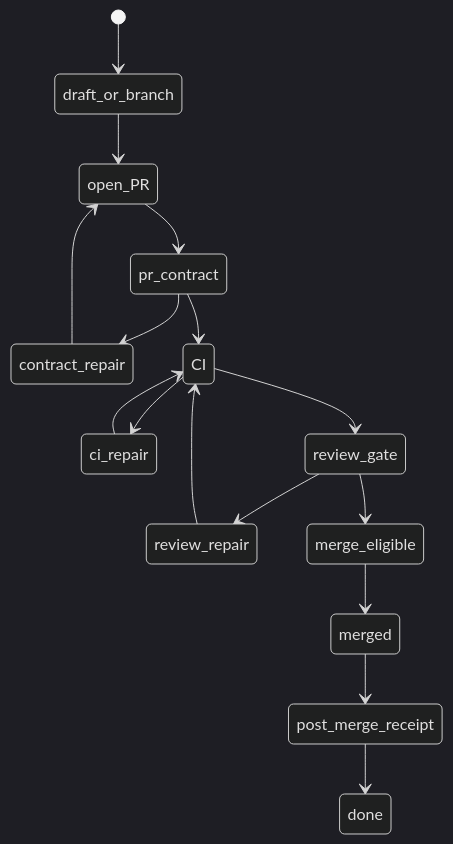
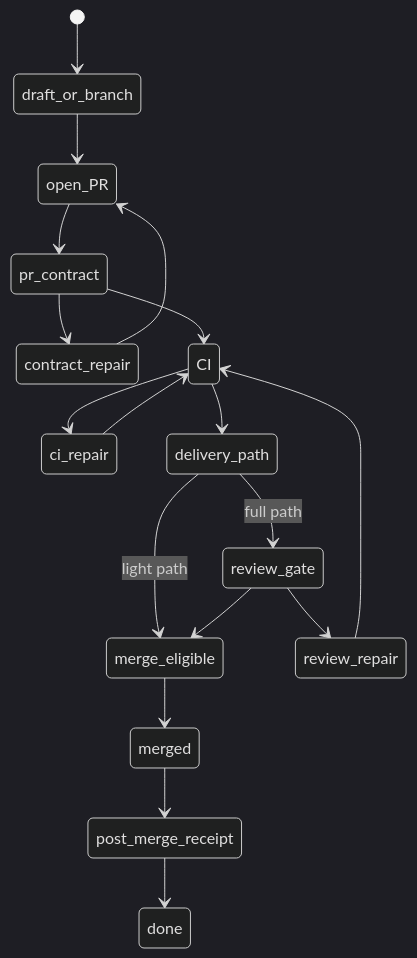
Before and after one commit to RasmusTho/agentic-pkm-mvp: diagram 19 of 23 in docs/development/BUILDER_SYSTEM_PROCESS_MAP.md, drawn with Mermaid (dark theme). The commit also changed other lines of this file and 1 other file, not shown here.

First line of the commit message:
Document governed Builder System process architecture

````diff
--- a/docs/development/BUILDER_SYSTEM_PROCESS_MAP.md
+++ b/docs/development/BUILDER_SYSTEM_PROCESS_MAP.md
@@ -920,18 +1542,20 @@
 ```mermaid
 stateDiagram-v2
   [*] --> draft_or_branch
   draft_or_branch --> open_PR
   open_PR --> pr_contract
   pr_contract --> contract_repair
   contract_repair --> open_PR
   pr_contract --> CI
   CI --> ci_repair
   ci_repair --> CI
-  CI --> review_gate
+  CI --> delivery_path
+  delivery_path --> merge_eligible: light path
+  delivery_path --> review_gate: full path
   review_gate --> review_repair
   review_repair --> CI
   review_gate --> merge_eligible
   merge_eligible --> merged
   merged --> post_merge_receipt
   post_merge_receipt --> done
 ```
````
